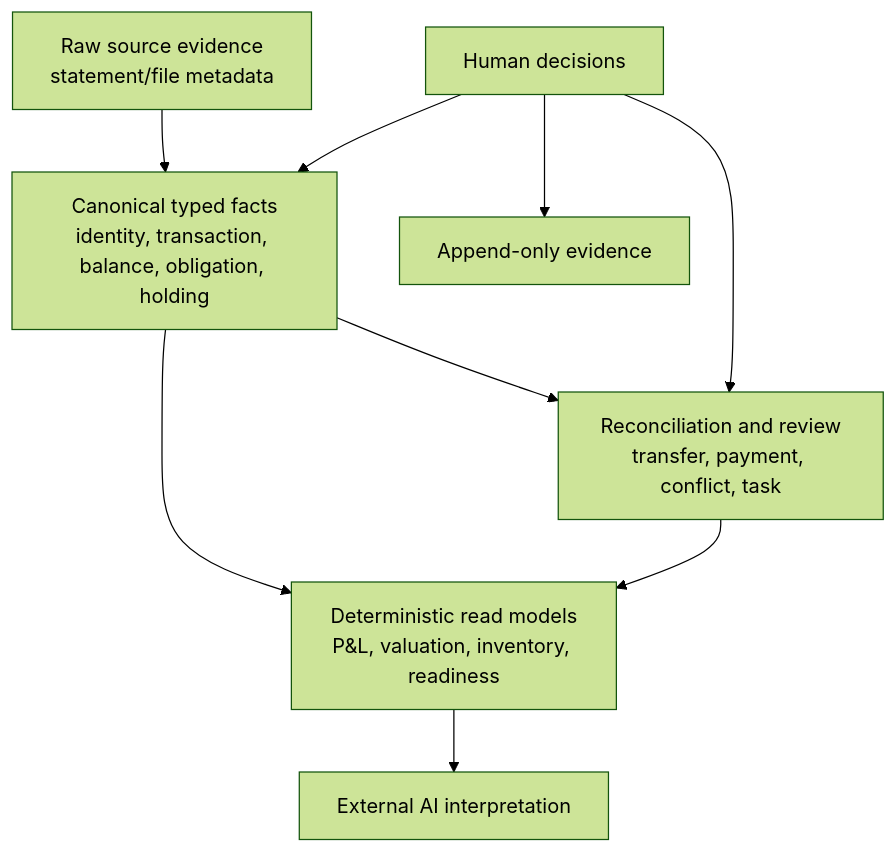
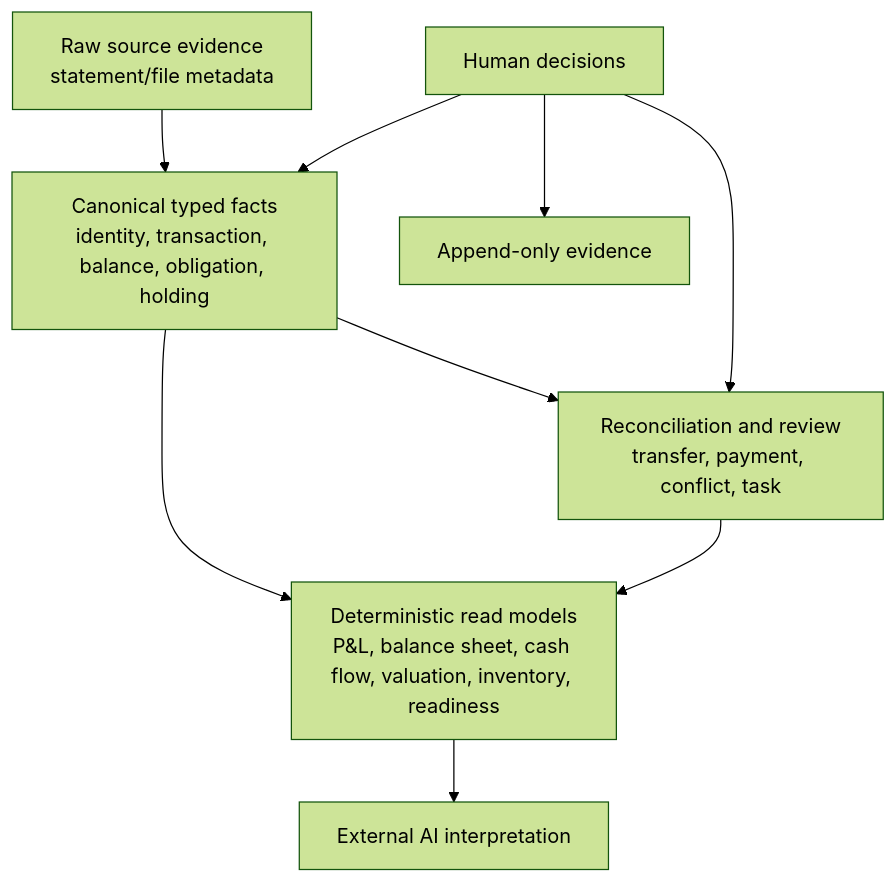
The first of 5 diagrams in docs/architecture/DATA-AND-FLOWS.md (cablate/last-say), drawn with Mermaid (forest theme) before and after one commit. The commit also changed other lines of this file and 115 other files, not shown here.

````diff
--- a/docs/architecture/DATA-AND-FLOWS.md
+++ b/docs/architecture/DATA-AND-FLOWS.md
@@ -17,11 +17,11 @@
 ```mermaid
 flowchart TB
     Raw["Raw source evidence\nstatement/file metadata"] --> Canonical["Canonical typed facts\nidentity, transaction, balance, obligation, holding"]
     Canonical --> Match["Reconciliation and review\ntransfer, payment, conflict, task"]
-    Canonical --> Derived["Deterministic read models\nP&L, valuation, inventory, readiness"]
+    Canonical --> Derived["Deterministic read models\nP&L, balance sheet, cash flow, valuation, inventory, readiness"]
     Match --> Derived
     Derived --> Interpretation["External AI interpretation"]
     Human["Human decisions"] --> Canonical
     Human --> Match
     Human --> Audit["Append-only evidence"]
 ```
````
